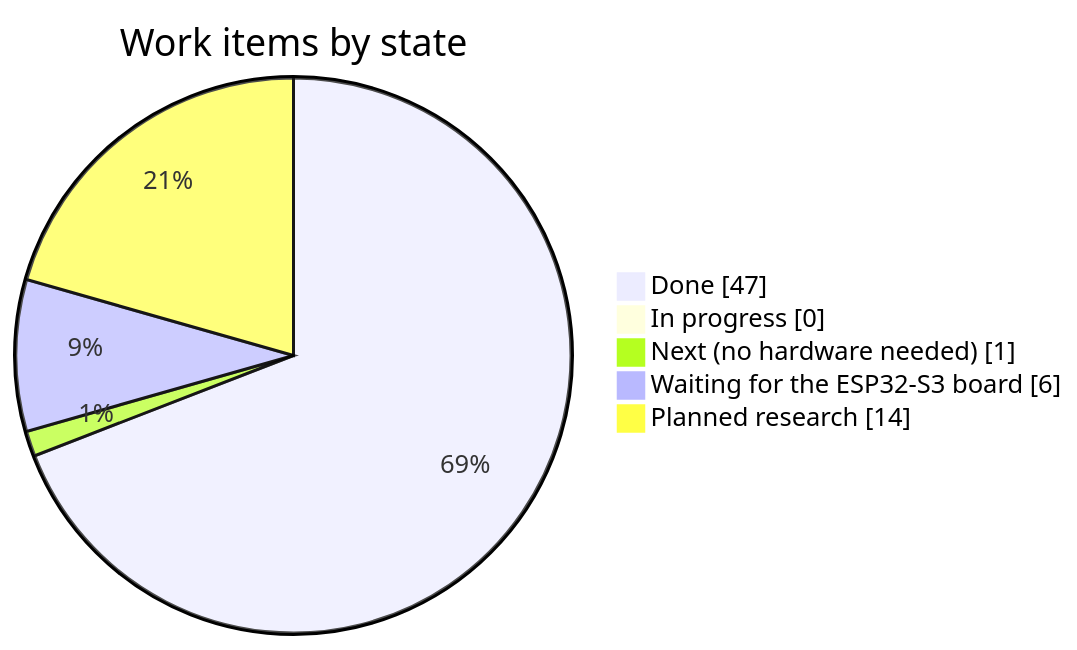
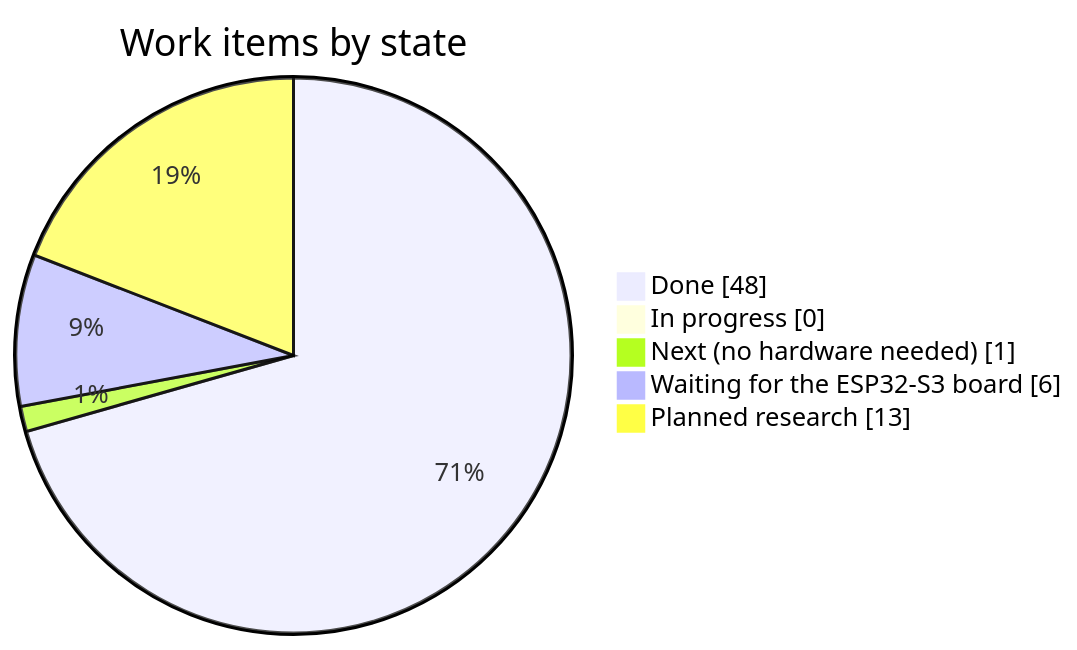
One commit to marcelpetrick/ESP32-Tiny-LLM changed the first of 3 diagrams in plan.md. Above: the diagram before and after it, drawn with Mermaid. The commit also changed other lines of this file and 21 other files, not shown here.

````diff
--- a/plan.md
+++ b/plan.md
@@ -14,9 +14,9 @@
 ```mermaid
 pie showData
     title Work items by state
-    "Done" : 47
+    "Done" : 48
     "In progress" : 0
     "Next (no hardware needed)" : 1
     "Waiting for the ESP32-S3 board" : 6
-    "Planned research" : 14
+    "Planned research" : 13
 ```
````
